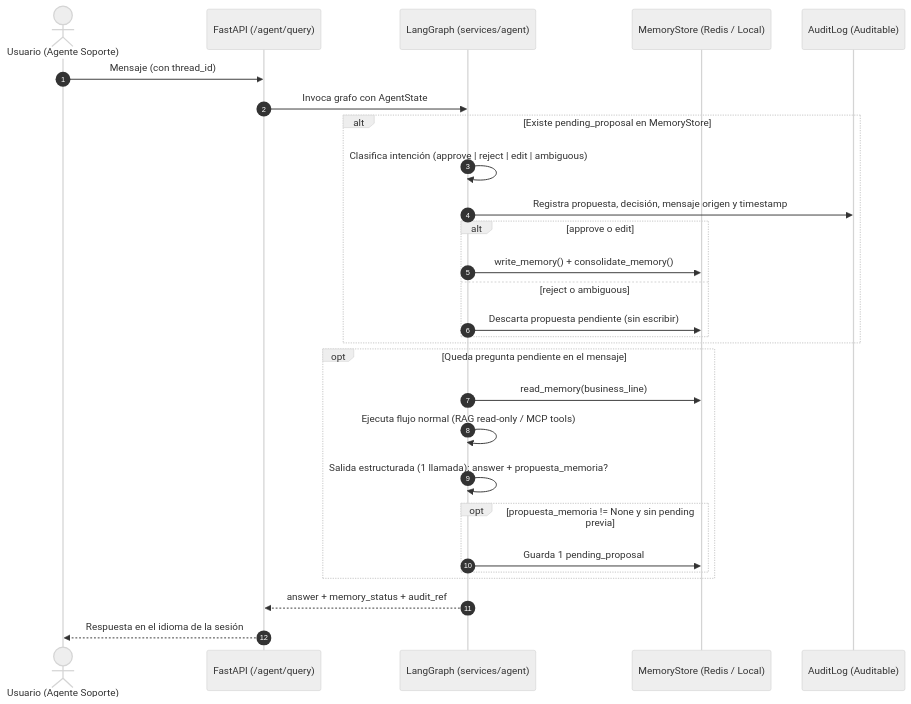
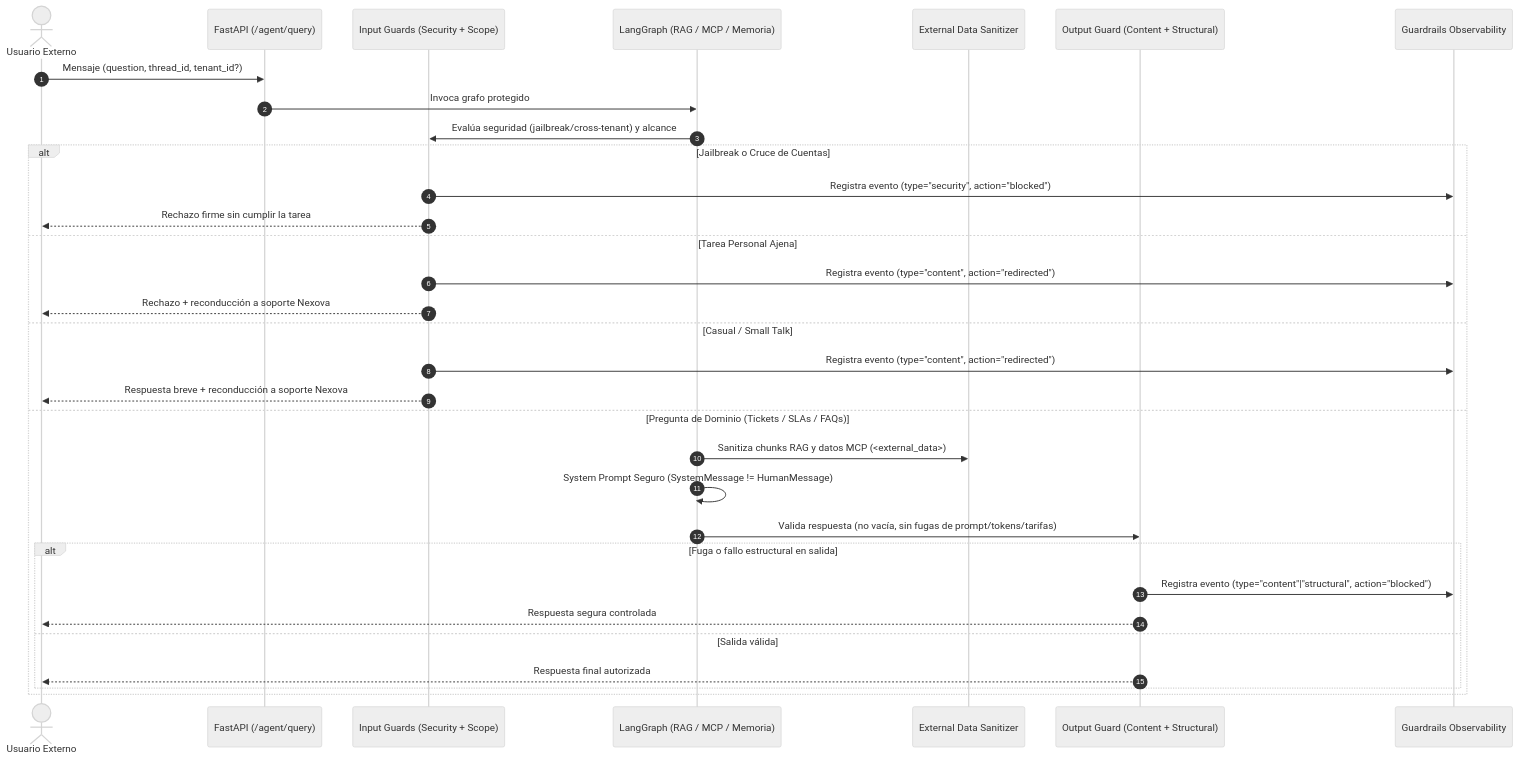
Before and after one commit to 4GeeksAcademy/ai-engineering-company-project-monorepo: the diagram in .github/implementation-plan.md, drawn with Mermaid (neutral theme). The commit also changed other lines of this file and 9 other files, not shown here.

Commit message:
feat(guardrails): add Nexova support agent harness, multi-layer guards, RAG/MCP sanitization and observability

````diff
--- a/.github/implementation-plan.md
+++ b/.github/implementation-plan.md
@@ -66,31 +46,35 @@
 ```mermaid
 sequenceDiagram
     autonumber
-    actor U as Usuario (Agente Soporte)
+    actor U as Usuario Externo
     participant API as FastAPI (/agent/query)
-    participant G as LangGraph (services/agent)
-    participant M as MemoryStore (Redis / Local)
-    participant A as AuditLog (Auditable)
+    participant IG as Input Guards (Security + Scope)
+    participant G as LangGraph (RAG / MCP / Memoria)
+    participant SAN as External Data Sanitizer
+    participant OG as Output Guard (Content + Structural)
+    participant OBS as Guardrails Observability
 
-    U->>API: Mensaje (con thread_id)
-    API->>G: Invoca grafo con AgentState
-    alt Existe pending_proposal en MemoryStore
-        G->>G: Clasifica intención (approve | reject | edit | ambiguous)
-        G->>A: Registra propuesta, decisión, mensaje origen y timestamp
-        alt approve o edit
-            G->>M: write_memory() + consolidate_memory()
-        else reject o ambiguous
-            G->>M: Descarta propuesta pendiente (sin escribir)
+    U->>API: Mensaje (question, thread_id, tenant_id?)
+    API->>G: Invoca grafo protegido
+    G->>IG: Evalúa seguridad (jailbreak/cross-tenant) y alcance
+    alt Jailbreak o Cruce de Cuentas
+        IG->>OBS: Registra evento (type="security", action="blocked")
+        IG-->>U: Rechazo firme sin cumplir la tarea
+    else Tarea Personal Ajena
+        IG->>OBS: Registra evento (type="content", action="redirected")
+        IG-->>U: Rechazo + reconducción a soporte Nexova
+    else Casual / Small Talk
+        IG->>OBS: Registra evento (type="content", action="redirected")
+        IG-->>U: Respuesta breve + reconducción a soporte Nexova
+    else Pregunta de Dominio (Tickets / SLAs / FAQs)
+        G->>SAN: Sanitiza chunks RAG y datos MCP (<external_data>)
+        G->>G: System Prompt Seguro (SystemMessage != HumanMessage)
+        G->>OG: Valida respuesta (no vacía, sin fugas de prompt/tokens/tarifas)
+        alt Fuga o fallo estructural en salida
+            OG->>OBS: Registra evento (type="content"|"structural", action="blocked")
+            OG-->>U: Respuesta segura controlada
+        else Salida válida
+            OG-->>U: Respuesta final autorizada
         end
     end
-    opt Queda pregunta pendiente en el mensaje
-        G->>M: read_memory(business_line)
-        G->>G: Ejecuta flujo normal (RAG read-only / MCP tools)
-        G->>G: Salida estructurada (1 llamada): answer + propuesta_memoria?
-        opt propuesta_memoria != None y sin pending previa
-            G->>M: Guarda 1 pending_proposal
-        end
-    end
-    G-->>API: answer + memory_status + audit_ref
-    API-->>U: Respuesta en el idioma de la sesión
 ```
````
